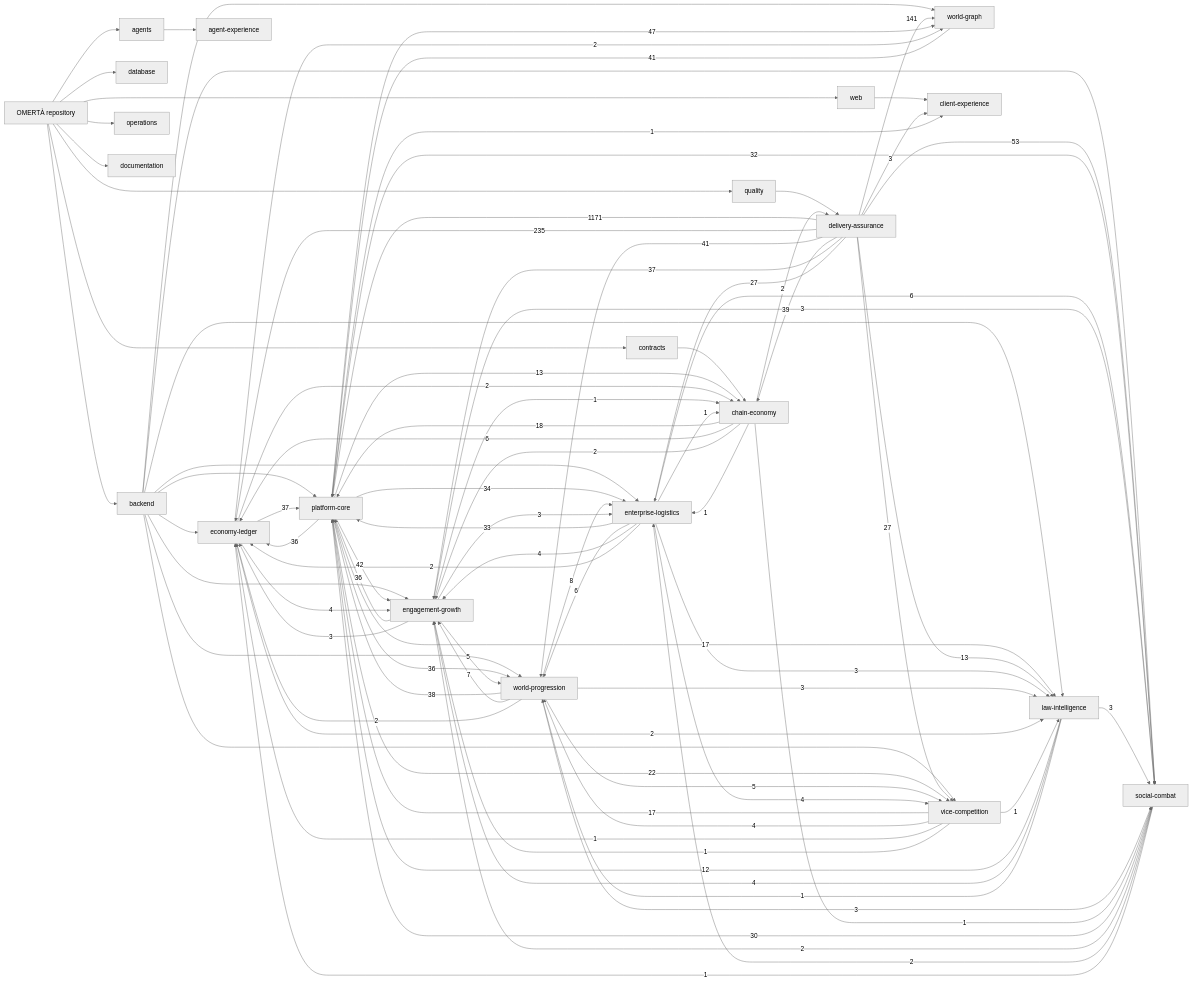
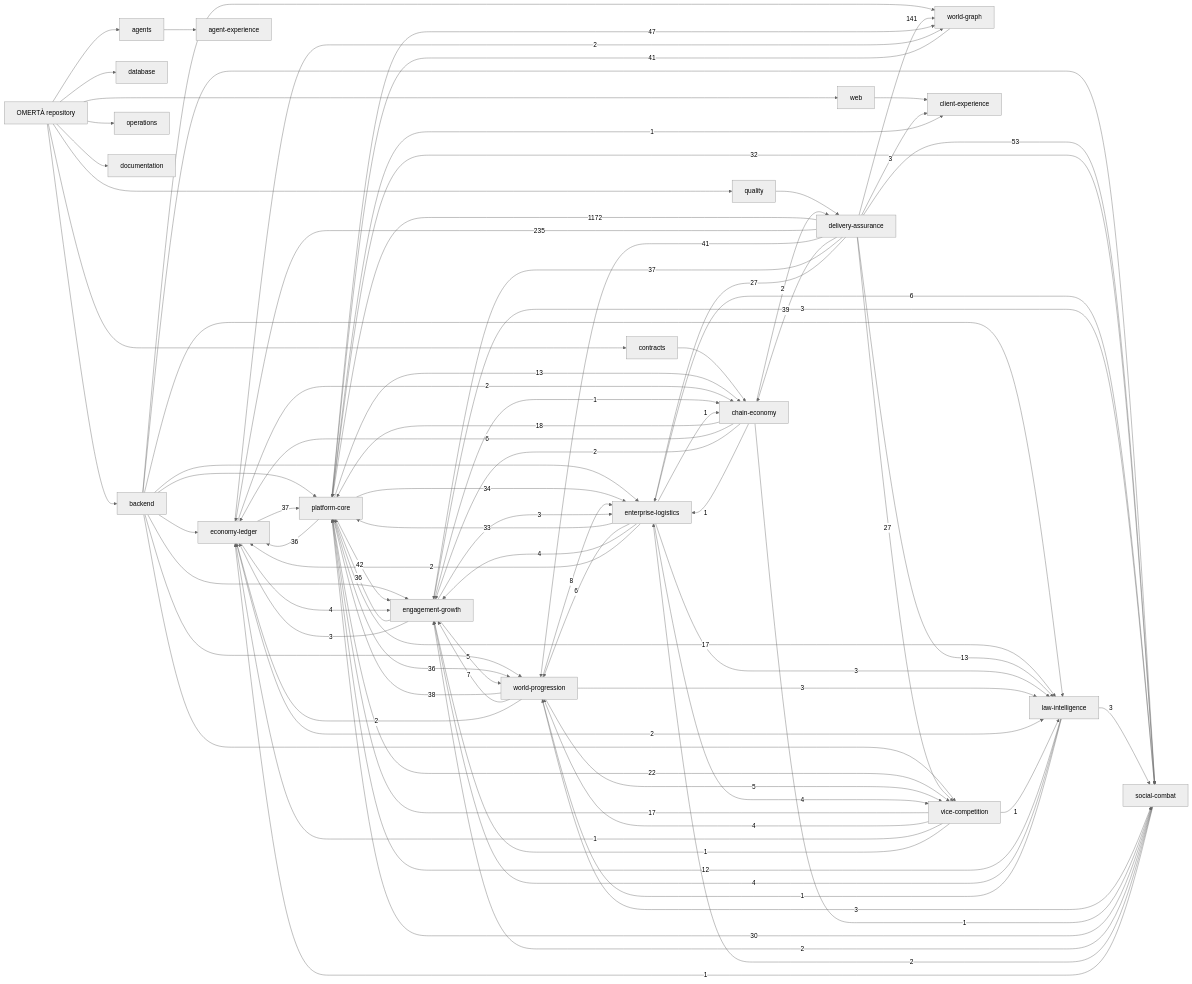
The diagram in knowledge/generated/graph.mmd (OmertaDev/Omerta), drawn with Mermaid (neutral theme) before and after one commit. The commit also changed 7 other files, not shown here.

```diff
--- a/knowledge/generated/graph.mmd
+++ b/knowledge/generated/graph.mmd
@@ -1,111 +1,111 @@
 flowchart LR
   repo["OMERTÀ repository"]
   sub_backend["backend"]
   repo --> sub_backend
   sub_database["database"]
   repo --> sub_database
   sub_web["web"]
   repo --> sub_web
   sub_contracts["contracts"]
   repo --> sub_contracts
   sub_agents["agents"]
   repo --> sub_agents
   sub_quality["quality"]
   repo --> sub_quality
   sub_operations["operations"]
   repo --> sub_operations
   sub_documentation["documentation"]
   repo --> sub_documentation
   dom_platform-core["platform-core"]
   dom_economy-ledger["economy-ledger"]
   dom_social-combat["social-combat"]
   dom_world-progression["world-progression"]
   dom_world-graph["world-graph"]
   dom_enterprise-logistics["enterprise-logistics"]
   dom_vice-competition["vice-competition"]
   dom_law-intelligence["law-intelligence"]
   dom_chain-economy["chain-economy"]
   dom_engagement-growth["engagement-growth"]
   dom_client-experience["client-experience"]
   dom_agent-experience["agent-experience"]
   dom_delivery-assurance["delivery-assurance"]
   sub_agents --> dom_agent-experience
   sub_backend --> dom_economy-ledger
   sub_backend --> dom_engagement-growth
   sub_backend --> dom_enterprise-logistics
   sub_backend --> dom_law-intelligence
   sub_backend --> dom_platform-core
   sub_backend --> dom_social-combat
   sub_backend --> dom_vice-competition
   sub_backend --> dom_world-graph
   sub_backend --> dom_world-progression
   sub_contracts --> dom_chain-economy
   sub_quality --> dom_delivery-assurance
   sub_web --> dom_client-experience
-  dom_delivery-assurance -->|1171| dom_platform-core
+  dom_delivery-assurance -->|1172| dom_platform-core
   dom_delivery-assurance -->|235| dom_economy-ledger
   dom_delivery-assurance -->|141| dom_world-graph
   dom_delivery-assurance -->|53| dom_social-combat
   dom_platform-core -->|47| dom_world-graph
   dom_platform-core -->|42| dom_engagement-growth
   dom_delivery-assurance -->|41| dom_world-progression
   dom_world-graph -->|41| dom_platform-core
   dom_delivery-assurance -->|39| dom_chain-economy
   dom_world-progression -->|38| dom_platform-core
   dom_delivery-assurance -->|37| dom_engagement-growth
   dom_economy-ledger -->|37| dom_platform-core
   dom_engagement-growth -->|36| dom_platform-core
   dom_platform-core -->|36| dom_economy-ledger
   dom_platform-core -->|36| dom_world-progression
   dom_platform-core -->|34| dom_enterprise-logistics
   dom_enterprise-logistics -->|33| dom_platform-core
   dom_platform-core -->|32| dom_social-combat
   dom_social-combat -->|30| dom_platform-core
   dom_delivery-assurance -->|27| dom_enterprise-logistics
   dom_delivery-assurance -->|27| dom_vice-competition
   dom_platform-core -->|22| dom_vice-competition
   dom_chain-economy -->|18| dom_platform-core
   dom_platform-core -->|17| dom_law-intelligence
   dom_vice-competition -->|17| dom_platform-core
   dom_delivery-assurance -->|13| dom_law-intelligence
   dom_platform-core -->|13| dom_chain-economy
   dom_law-intelligence -->|12| dom_platform-core
   dom_world-progression -->|8| dom_enterprise-logistics
   dom_world-progression -->|7| dom_engagement-growth
   dom_chain-economy -->|6| dom_economy-ledger
   dom_enterprise-logistics -->|6| dom_social-combat
   dom_enterprise-logistics -->|6| dom_world-progression
   dom_engagement-growth -->|5| dom_world-progression
   dom_world-progression -->|5| dom_vice-competition
   dom_economy-ledger -->|4| dom_engagement-growth
   dom_enterprise-logistics -->|4| dom_engagement-growth
   dom_enterprise-logistics -->|4| dom_vice-competition
   dom_law-intelligence -->|4| dom_engagement-growth
   dom_vice-competition -->|4| dom_world-progression
   dom_delivery-assurance -->|3| dom_client-experience
   dom_engagement-growth -->|3| dom_economy-ledger
   dom_engagement-growth -->|3| dom_enterprise-logistics
   dom_engagement-growth -->|3| dom_social-combat
   dom_enterprise-logistics -->|3| dom_law-intelligence
   dom_law-intelligence -->|3| dom_social-combat
   dom_world-progression -->|3| dom_law-intelligence
   dom_world-progression -->|3| dom_social-combat
   dom_chain-economy -->|2| dom_delivery-assurance
   dom_chain-economy -->|2| dom_engagement-growth
   dom_economy-ledger -->|2| dom_chain-economy
   dom_economy-ledger -->|2| dom_law-intelligence
   dom_economy-ledger -->|2| dom_world-graph
   dom_enterprise-logistics -->|2| dom_economy-ledger
   dom_social-combat -->|2| dom_engagement-growth
   dom_social-combat -->|2| dom_enterprise-logistics
   dom_world-progression -->|2| dom_economy-ledger
   dom_chain-economy -->|1| dom_enterprise-logistics
   dom_chain-economy -->|1| dom_social-combat
   dom_engagement-growth -->|1| dom_chain-economy
   dom_enterprise-logistics -->|1| dom_chain-economy
   dom_law-intelligence -->|1| dom_world-progression
   dom_platform-core -->|1| dom_client-experience
   dom_social-combat -->|1| dom_economy-ledger
   dom_vice-competition -->|1| dom_economy-ledger
   dom_vice-competition -->|1| dom_engagement-growth
   dom_vice-competition -->|1| dom_law-intelligence
```
